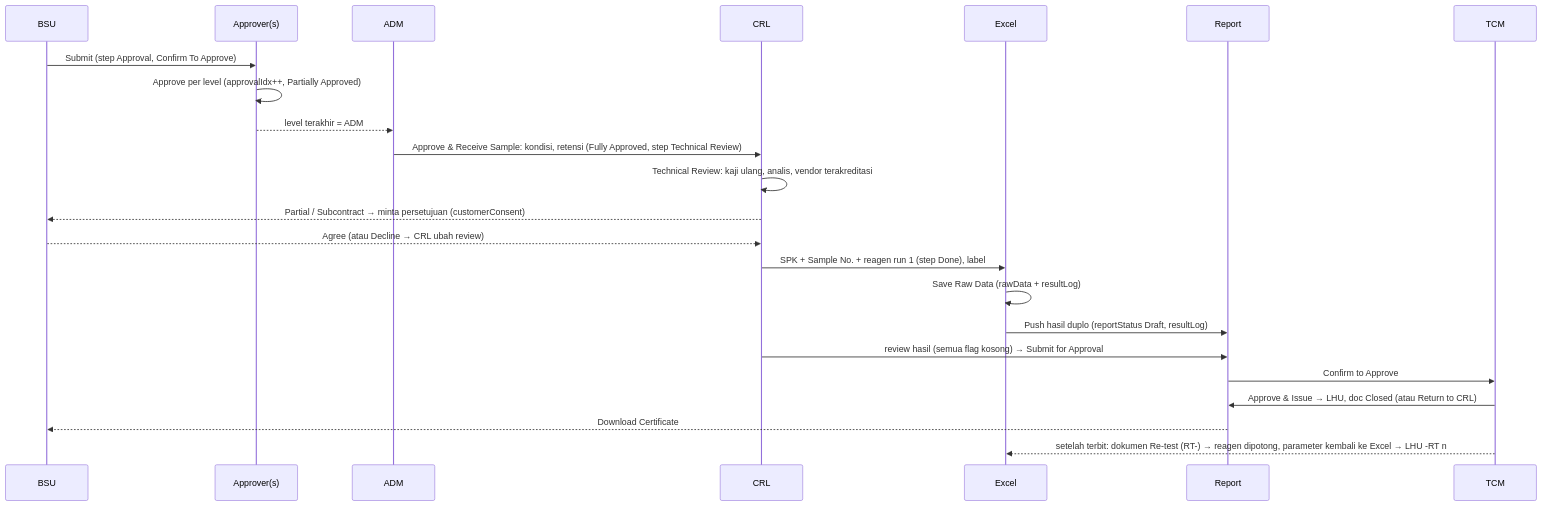
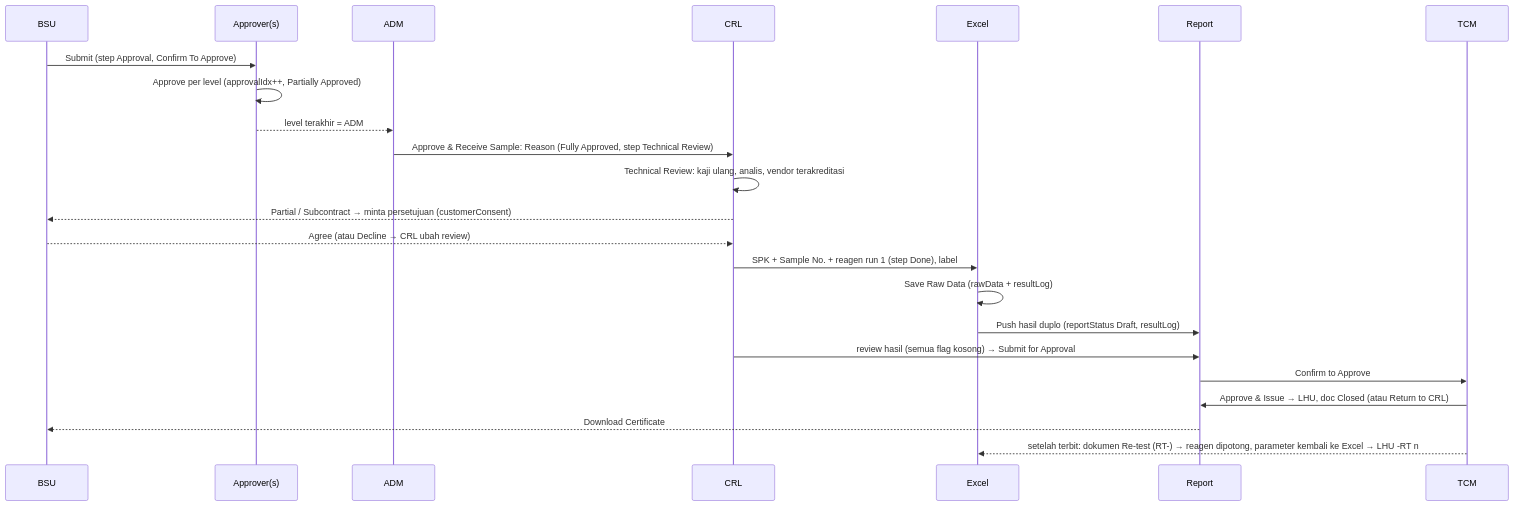
Before and after one commit to RianBentang/onegenesis-lab-mockup: the fifth of 7 diagrams in docs/FLOWCHART.md, drawn with Mermaid. The commit also changed other lines of this file and 14 other files, not shown here.

First line of the commit message:
Re-test both ways with cross approval; sample receipt is one Reason field

````diff
--- a/docs/FLOWCHART.md
+++ b/docs/FLOWCHART.md
@@ -93,25 +102,25 @@
 ```mermaid
 sequenceDiagram
   participant B as BSU
   participant A as Approver(s)
   participant D as ADM
   participant C as CRL
   participant X as Excel
   participant R as Report
   participant T as TCM
   B->>A: Submit (step Approval, Confirm To Approve)
   A->>A: Approve per level (approvalIdx++, Partially Approved)
   A-->>D: level terakhir = ADM
-  D->>C: Approve & Receive Sample: kondisi, retensi (Fully Approved, step Technical Review)
+  D->>C: Approve & Receive Sample: Reason (Fully Approved, step Technical Review)
   C->>C: Technical Review: kaji ulang, analis, vendor terakreditasi
   C-->>B: Partial / Subcontract → minta persetujuan (customerConsent)
   B-->>C: Agree (atau Decline → CRL ubah review)
   C->>X: SPK + Sample No. + reagen run 1 (step Done), label
   X->>X: Save Raw Data (rawData + resultLog)
   X->>R: Push hasil duplo (reportStatus Draft, resultLog)
   C->>R: review hasil (semua flag kosong) → Submit for Approval
   R->>T: Confirm to Approve
   T->>R: Approve & Issue → LHU, doc Closed (atau Return to CRL)
   R-->>B: Download Certificate
   T-->>X: setelah terbit: dokumen Re-test (RT-) → reagen dipotong, parameter kembali ke Excel → LHU -RT n
 ```
````
